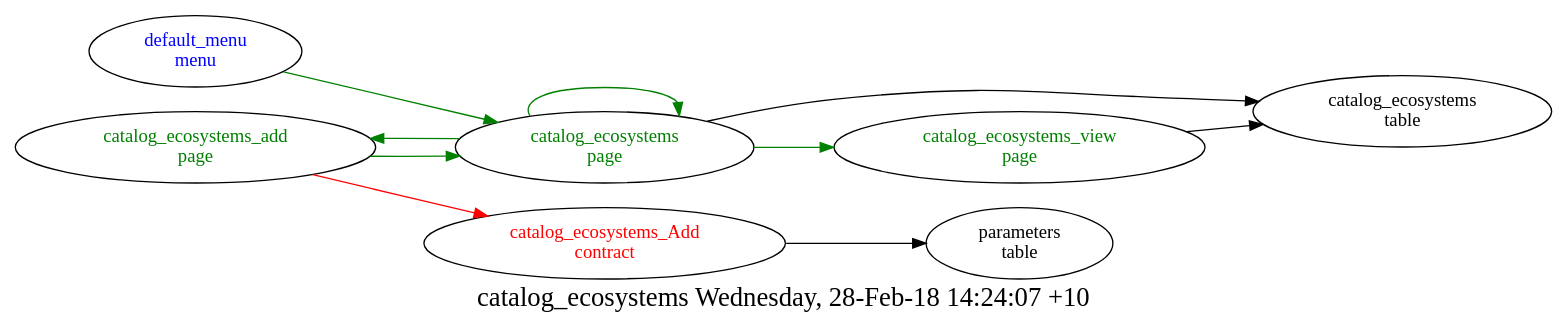
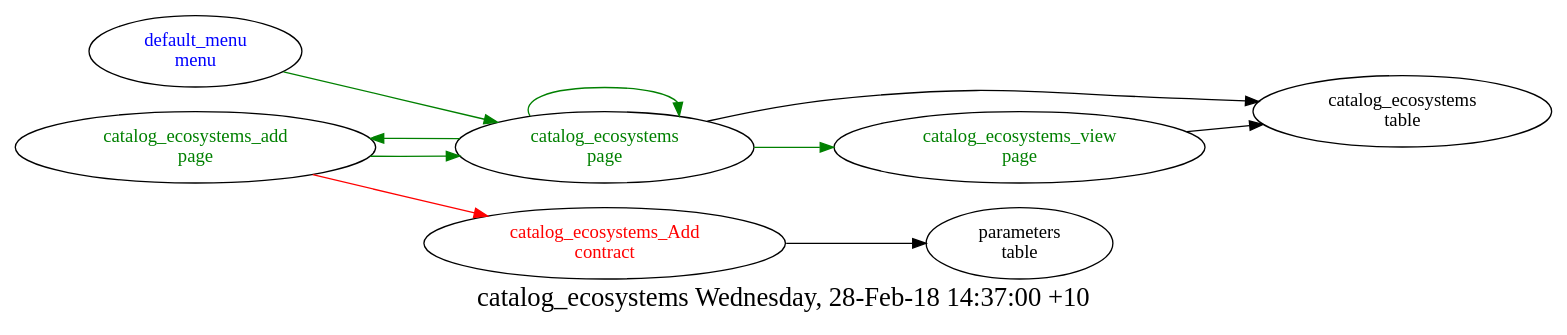
One commit to AplaProject/apps changed the diagram in src/catalog_ecosystems/struct.dot. Above: the diagram before and after it, drawn with Graphviz. The commit also changed 2 other files, not shown here.

```diff
--- a/src/catalog_ecosystems/struct.dot
+++ b/src/catalog_ecosystems/struct.dot
@@ -1,19 +1,19 @@
 digraph G {
 fontsize="20.0";
-label="catalog_ecosystems Wednesday, 28-Feb-18 14:24:07 +10";
+label="catalog_ecosystems Wednesday, 28-Feb-18 14:37:00 +10";
 rankdir=LR;
 "catalog_ecosystems_Add\ncontract" -> "parameters\ntable"
 "catalog_ecosystems_Add\ncontract" [fontcolor=red, group=contracts];
 "default_menu\nmenu" -> "catalog_ecosystems\npage"  [ color=green ]
 "default_menu\nmenu" [fontcolor=blue, group=menus];
 "catalog_ecosystems\npage" -> "catalog_ecosystems\ntable"
 "catalog_ecosystems\npage" -> "catalog_ecosystems\npage"  [ color=green ]
 "catalog_ecosystems\npage" -> "catalog_ecosystems_view\npage"  [ color=green ]
 "catalog_ecosystems\npage" -> "catalog_ecosystems_add\npage"  [ color=green ]
 "catalog_ecosystems\npage" [fontcolor=green, group=pages];
 "catalog_ecosystems_add\npage" -> "catalog_ecosystems_Add\ncontract"  [ color=red ]
 "catalog_ecosystems_add\npage" -> "catalog_ecosystems\npage"  [ color=green ]
 "catalog_ecosystems_add\npage" [fontcolor=green, group=pages];
 "catalog_ecosystems_view\npage" -> "catalog_ecosystems\ntable"
 "catalog_ecosystems_view\npage" [fontcolor=green, group=pages];
 }
```
